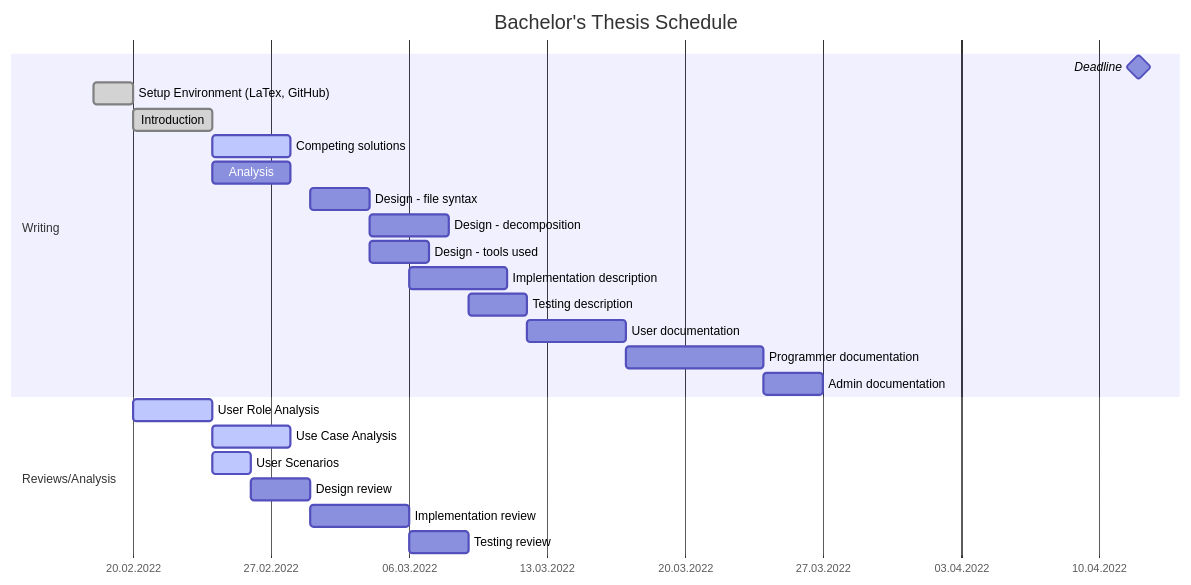
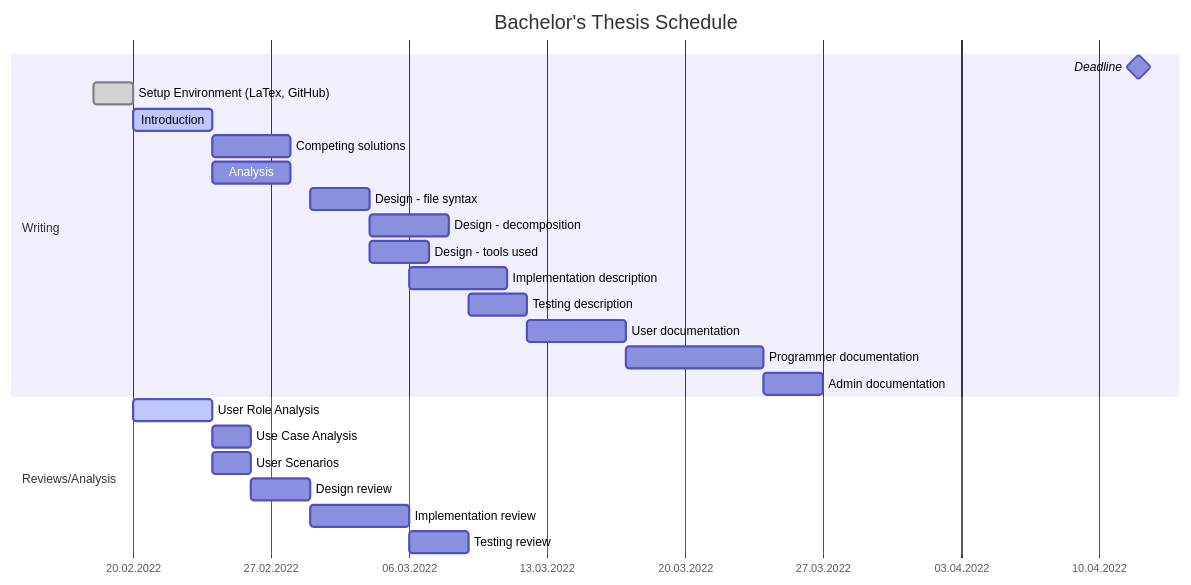
Before and after one commit to barjin/bachelor-thesis: the diagram in schedule.md, drawn with Mermaid.

Commit message:
schedule update fix

````diff
--- a/schedule.md
+++ b/schedule.md
@@ -4,31 +4,31 @@
 ```mermaid
 gantt
     title Bachelor's Thesis Schedule
     dateFormat DD.MM.YYYY
     axisFormat %d.%m.%Y
 
     section Writing
     Deadline: milestone, 12.04.2022, 0d
 
     Setup Environment (LaTex, GitHub): done, environment, 18.02.2022, 2d
-    Introduction: done, introduction, after environment, 4d
-    Competing solutions: active, 4d
+    Introduction: active, introduction, after environment, 4d
+    Competing solutions: 4d
     Analysis: after introduction, 4d
     Design - file syntax: syntax, after design_review, 3d
     Design - decomposition: after syntax, 4d
     Design - tools used: after syntax, 3d
     Implementation description: after implementation_review, 5d
     Testing description: after tests_review, 3d
     User documentation: 5d
     Programmer documentation:7d
     Admin documentation: 3d
 
     section Reviews/Analysis
 
     User Role Analysis: active, analysis_roles, after environment, 4d
-    Use Case Analysis: active, after analysis_roles, 4d
-    User Scenarios: active, analysis_scenarios, after analysis_roles, 2d
+    Use Case Analysis: after analysis_roles, 2d
+    User Scenarios: analysis_scenarios, after analysis_roles, 2d
     Design review: design_review, after analysis_scenarios, 3d
     Implementation review: implementation_review, after design_review, 5d
     Testing review: tests_review, after implementation_review, 3d 
 ```
````
